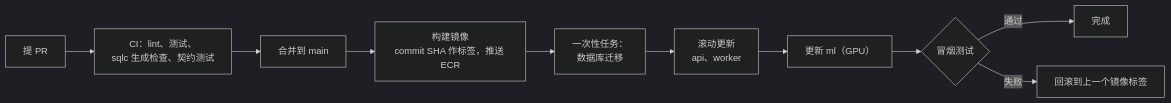
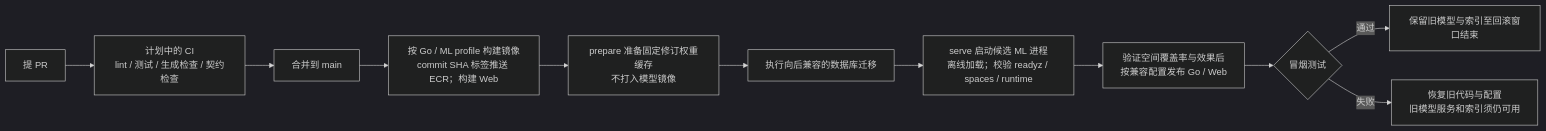
One commit to realOzine/videohelper changed diagram 19 of 19 in docs/design.md. Above: the diagram before and after it, drawn with Mermaid (dark theme). The commit also changed other lines of this file, not shown here.

Commit message:
docs: align design diagrams with model plugins

````diff
--- a/docs/design.md
+++ b/docs/design.md
@@ -799,12 +880,13 @@
 ```mermaid
 flowchart LR
-  PR["提 PR"] --> CI["CI：lint、测试、<br/>sqlc 生成检查、契约测试"]
+  PR["提 PR"] --> CI["计划中的 CI<br/>lint / 测试 / 生成检查 / 契约检查"]
   CI --> MG["合并到 main"]
-  MG --> BD["构建镜像<br/>commit SHA 作标签，推送 ECR"]
-  BD --> MI["一次性任务：<br/>数据库迁移"]
-  MI --> RO["滚动更新<br/>api、worker"]
-  RO --> MLD["更新 ml（GPU）"]
-  MLD --> SM{"冒烟测试"}
-  SM -->|"通过"| OK["完成"]
-  SM -->|"失败"| RB["回滚到上一个镜像标签"]
+  MG --> BD["按 Go / ML profile 构建镜像<br/>commit SHA 标签推送 ECR；构建 Web"]
+  BD --> PREP["prepare 准备固定修订权重缓存<br/>不打入模型镜像"]
+  PREP --> MI["执行向后兼容的数据库迁移"]
+  MI --> MLD["serve 启动候选 ML 进程<br/>离线加载；校验 readyz / spaces / runtime"]
+  MLD --> RO["验证空间覆盖率与效果后<br/>按兼容配置发布 Go / Web"]
+  RO --> SM{"冒烟测试"}
+  SM -->|"通过"| OK["保留旧模型与索引至回滚窗口结束"]
+  SM -->|"失败"| RB["恢复旧代码与配置<br/>旧模型服务和索引须仍可用"]
 ```
````
